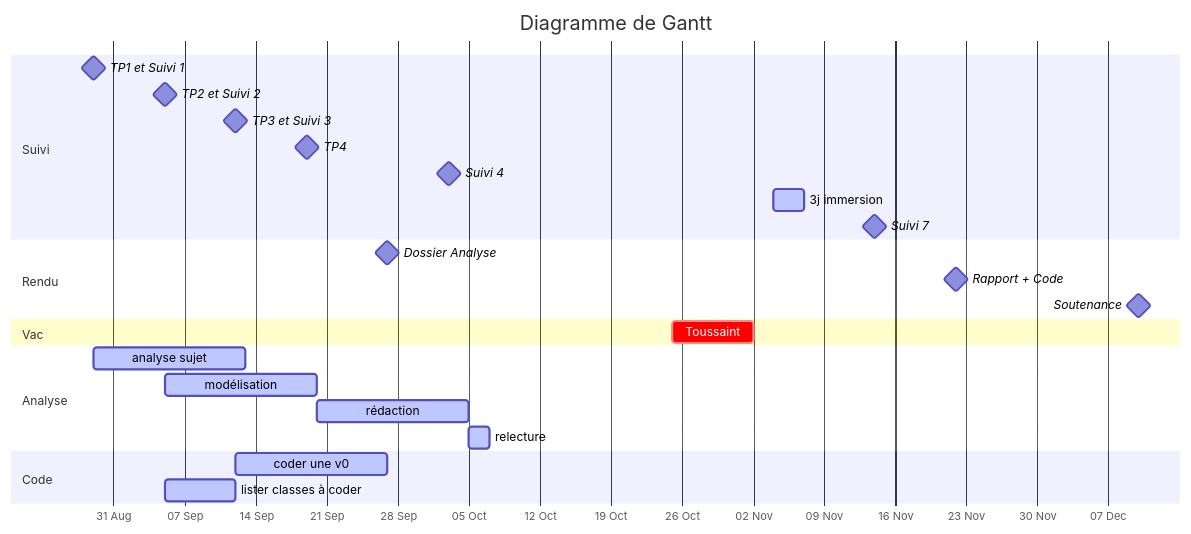
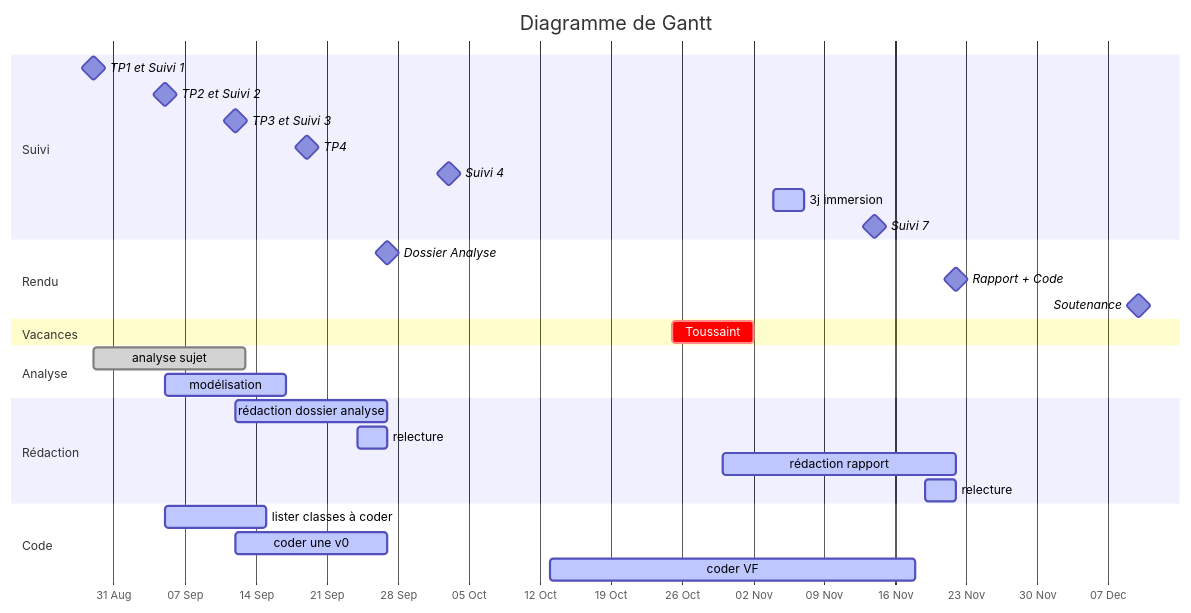
Before and after one commit to TeodoraHub/Info-2A-Strava: the diagram in doc/suivi/suivi.md, drawn with Mermaid.

Commit message:
MAJ Gantt

````diff
--- a/doc/suivi/suivi.md
+++ b/doc/suivi/suivi.md
@@ -16,38 +16,41 @@
 ```mermaid
 gantt
     %% doc : https://mermaid-js.github.io/mermaid/#/./gantt
     dateFormat  YYYY-MM-DD
     axisFormat  %d %b
     title       Diagramme de Gantt
     %%excludes  YYYY-MM-DD and/or sunday and/or weekends 
      
     section Suivi
     TP1 et Suivi 1               :milestone, 2025-08-29,
     TP2 et Suivi 2               :milestone, 2025-09-05,
     TP3 et Suivi 3               :milestone, 2025-09-12,
     TP4                          :milestone, 2025-09-19,
     Suivi 4                      :milestone, 2025-10-03,
     3j immersion                 :active,    2025-11-04, 3d
     Suivi 7                      :milestone, 2025-11-14,
     
     section Rendu
     Dossier Analyse              :milestone, 2025-09-27,
     Rapport + Code               :milestone, 2025-11-22,
     Soutenance                   :milestone, 2025-12-10,
     
-    section Vac
+    section Vacances
     Toussaint                    :crit,    2025-10-25, 2025-11-02
     
     section Analyse
-    analyse sujet                :active,    2025-08-29, 15d
-    modélisation                 :active,    2025-09-05, 15d
-    rédaction                    :active,    2025-09-20, 2025-10-05
-    relecture                    :active,    2025-10-05, 2025-10-07
+    analyse sujet                :done,    2025-08-29, 15d
+    modélisation                 :active,  2025-09-05, 12d
+    
+    section Rédaction
+    rédaction dossier analyse    :active,  2025-09-12, 2025-09-27
+    relecture                    :active,  dossier,    2025-09-24, 3d
+    rédaction rapport            :active,  2025-10-30, 2025-11-22
+    relecture                    :active,  rapport,    2025-11-19, 3d
     
     section Code
+    lister classes à coder       :active,    2025-09-05, 10d
     coder une v0                 :active,    2025-09-12, 15d
-    lister classes à coder       :active,    2025-09-05, 7d
-    
+    coder VF                     :active,    2025-10-13, 2025-11-18
 
-    %%Stats univariées retraités   :done,         2025-11-28, 3d
 ```
````
